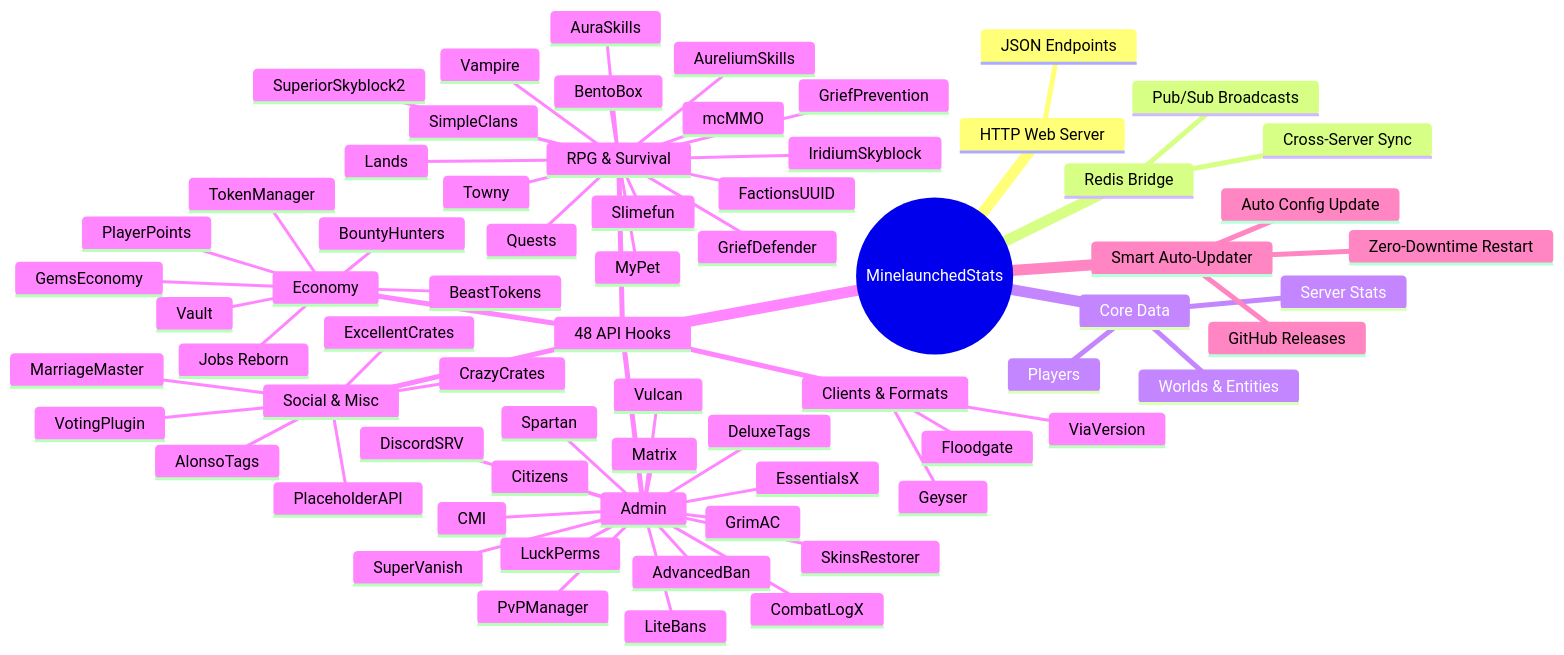
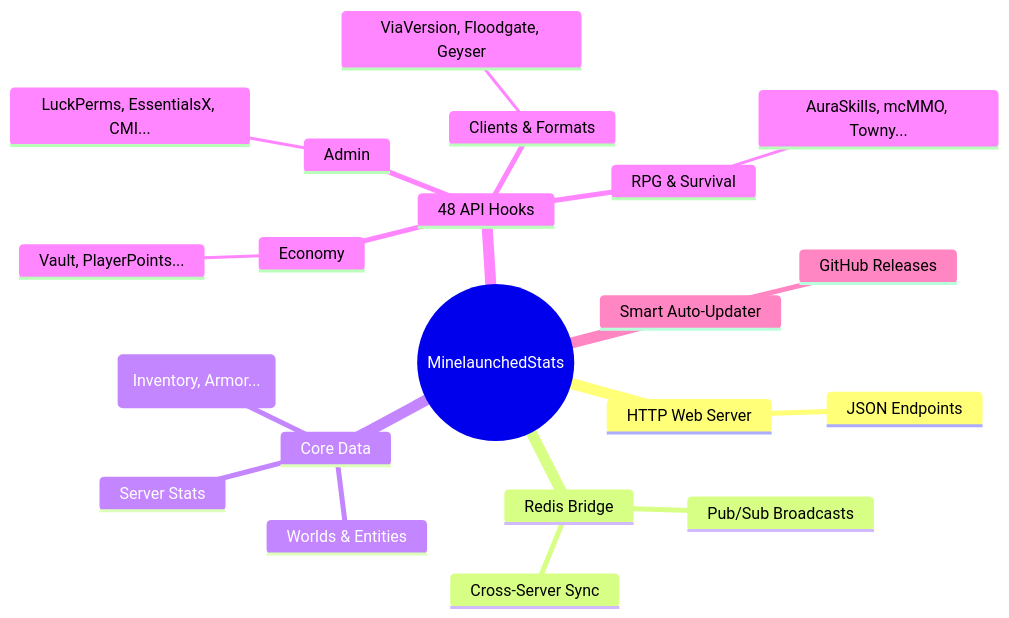
The diagram in README.md (Minelaunched/Minelaunched-Stats), drawn with Mermaid before and after one commit. The commit also changed other lines of this file, not shown here.

````diff
--- a/README.md
+++ b/README.md
@@ -25,71 +39,24 @@
 ```mermaid
 mindmap
   root((MinelaunchedStats))
     HTTP Web Server
       JSON Endpoints
     Redis Bridge
       Pub/Sub Broadcasts
       Cross-Server Sync
     Core Data
       Server Stats
       Worlds & Entities
-      Players
+      Players (Inventory, Armor...)
     48 API Hooks
       Economy
-        Vault
-        PlayerPoints
-        TokenManager
-        BountyHunters
-        Jobs Reborn
-        GemsEconomy
-        BeastTokens
+        Vault, PlayerPoints...
       Admin
-        LuckPerms
-        EssentialsX
-        CMI
-        SuperVanish
-        DiscordSRV
-        Vulcan
-        Citizens
-        SkinsRestorer
-        DeluxeTags
-        CombatLogX
-        PvPManager
-        Spartan
-        GrimAC
-        Matrix
-        LiteBans
-        AdvancedBan
+        LuckPerms, EssentialsX, CMI...
       RPG & Survival
-        AuraSkills
-        mcMMO
-        Towny
-        Lands
-        FactionsUUID
-        SuperiorSkyblock2
-        GriefPrevention
-        SimpleClans
-        BentoBox
-        IridiumSkyblock
-        GriefDefender
-        MyPet
-        Slimefun
-        Quests
-        Vampire
-        AureliumSkills
+        AuraSkills, mcMMO, Towny...
       Clients & Formats
-        ViaVersion
-        Floodgate
-        Geyser
-      Social & Misc
-        VotingPlugin
-        PlaceholderAPI
-        MarriageMaster
-        AlonsoTags
-        CrazyCrates
-        ExcellentCrates
+        ViaVersion, Floodgate, Geyser
     Smart Auto-Updater
       GitHub Releases
-      Zero-Downtime Restart
-      Auto Config Update
 ```
````
